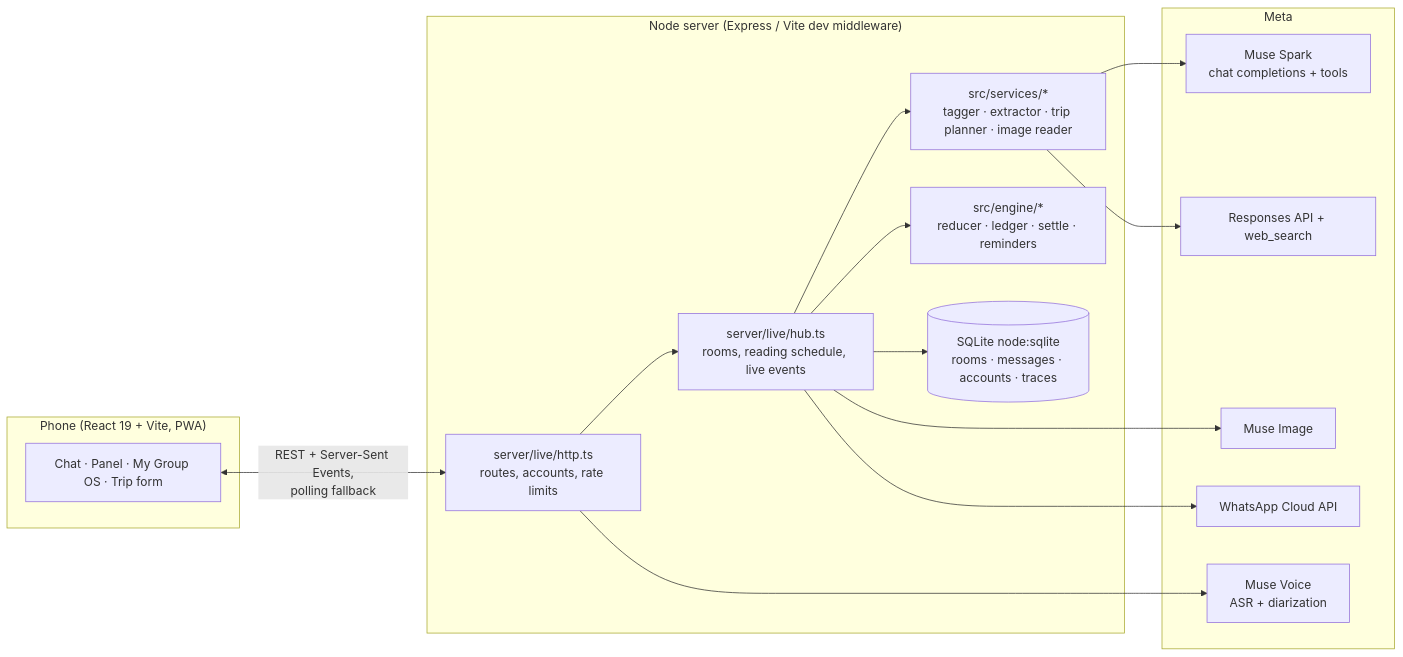
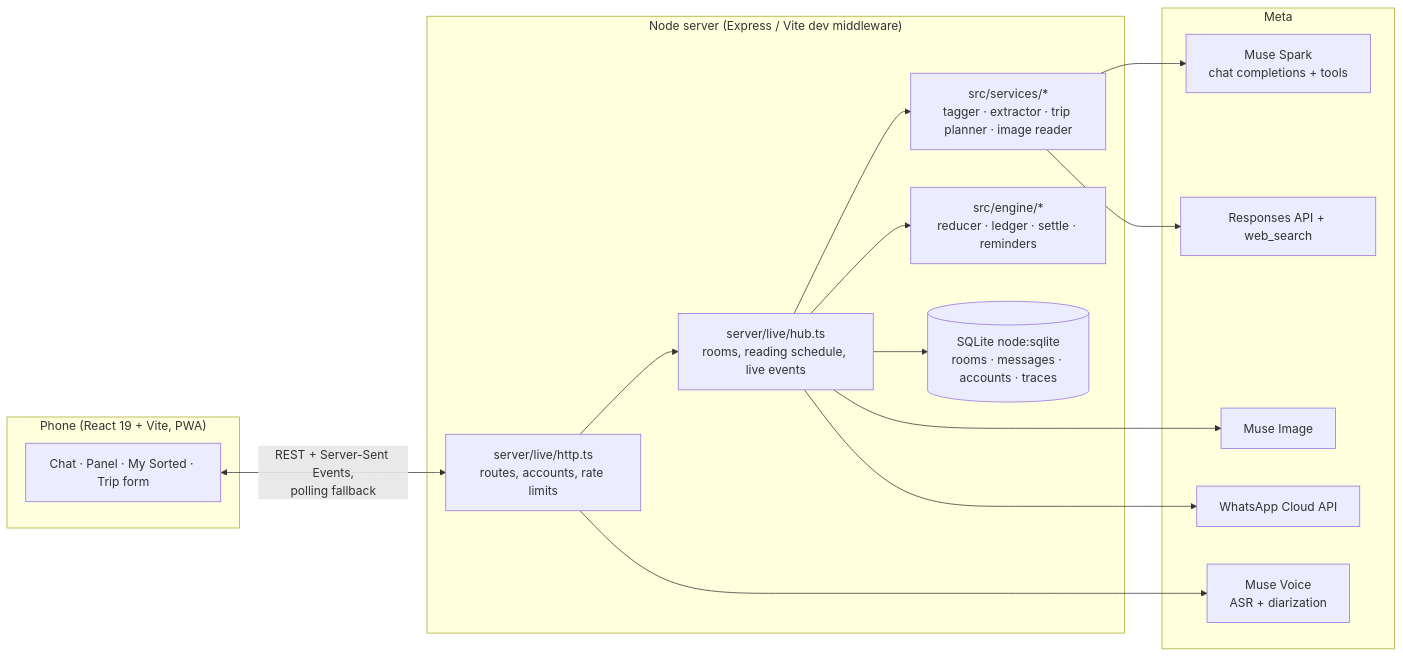
The diagram in docs/TECHNICAL.md (kruthikvarshan/sorted), drawn with Mermaid before and after one commit. The commit also changed other lines of this file and 56 other files, not shown here.

````diff
--- a/docs/TECHNICAL.md
+++ b/docs/TECHNICAL.md
@@ -7,28 +7,28 @@
 ```mermaid
 flowchart LR
     subgraph Phone["Phone (React 19 + Vite, PWA)"]
-      UI[Chat · Panel · My Group OS · Trip form]
+      UI[Chat · Panel · My Sorted · Trip form]
     end
     subgraph Server["Node server (Express / Vite dev middleware)"]
       HTTP[server/live/http.ts<br/>routes, accounts, rate limits]
       HUB[server/live/hub.ts<br/>rooms, reading schedule, live events]
       ENG[src/engine/*<br/>reducer · ledger · settle · reminders]
       SVC[src/services/*<br/>tagger · extractor · trip planner · image reader]
       DB[(SQLite node:sqlite<br/>rooms · messages · accounts · traces)]
     end
     subgraph Meta["Meta"]
       SPARK[Muse Spark<br/>chat completions + tools]
       VOICE[Muse Voice<br/>ASR + diarization]
       IMG[Muse Image]
       WEB[Responses API + web_search]
       WA[WhatsApp Cloud API]
     end
     UI <-->|REST + Server-Sent Events,<br/>polling fallback| HTTP
     HTTP --> HUB --> SVC --> SPARK
     HUB --> ENG
     HUB --> DB
     HTTP --> VOICE
     HUB --> IMG
     SVC --> WEB
     HUB --> WA
 ```
````
